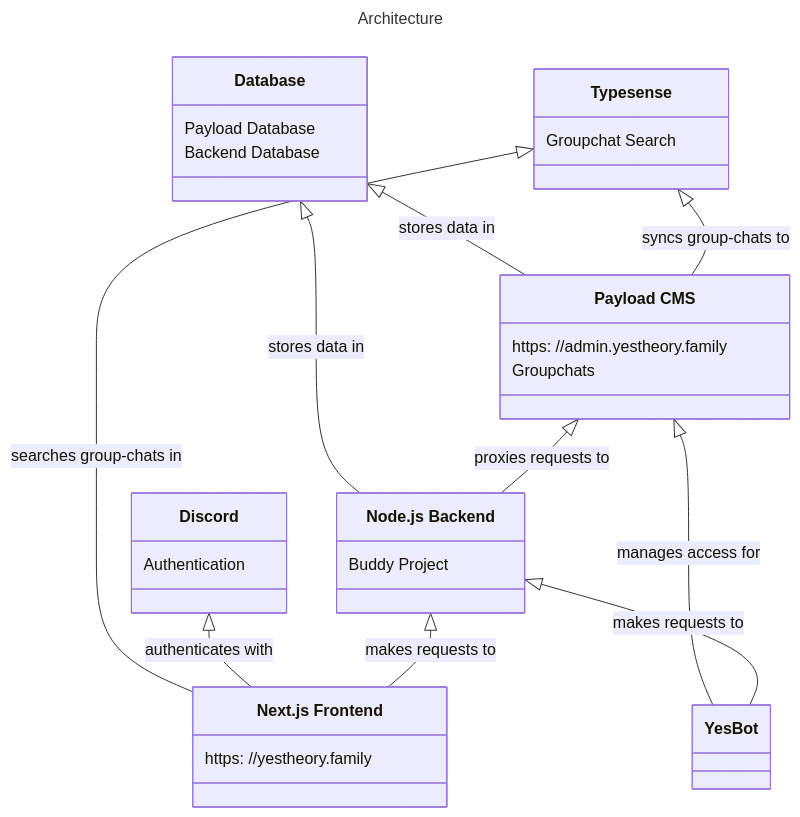
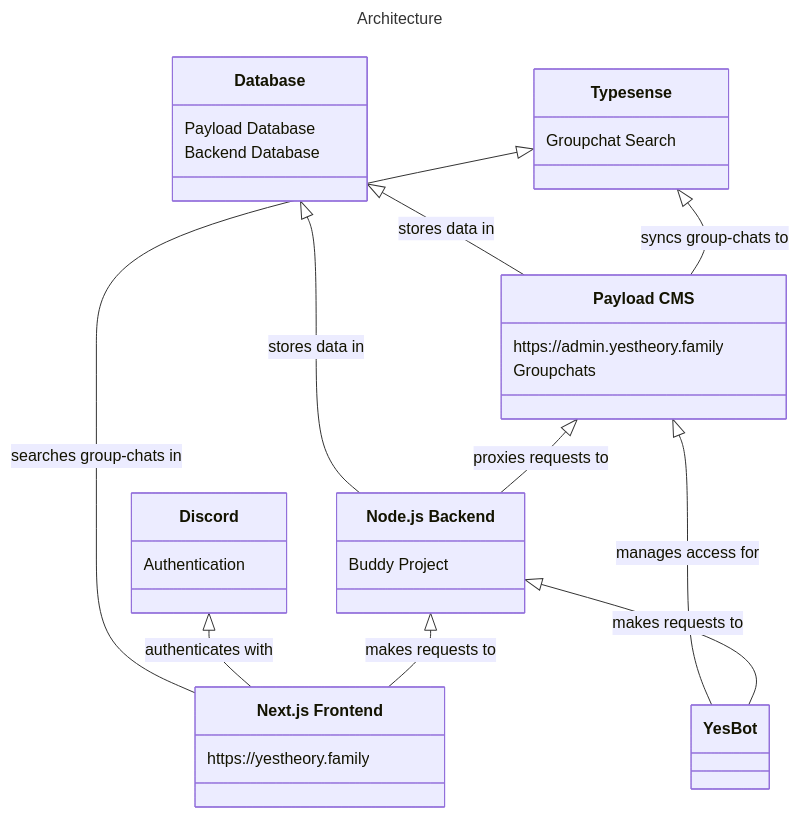
Before and after one commit to Yes-Theory-Fam/yestheory.family: the diagram in README.md, drawn with Mermaid. The commit also changed other lines of this file and 1 other file, not shown here.

````diff
--- a/README.md
+++ b/README.md
@@ -15,39 +19,39 @@
 ```mermaid
 ---
 title: Architecture
 ---
 
 classDiagram
-    Database <|-- `Payload CMS`: stores data in
-    Database <|-- `Node.js Backend`: stores data in
+    `Database` <|-- `Payload CMS`: stores data in
+    `Database` <|-- `Node.js Backend`: stores data in
     `Payload CMS` <|-- `Node.js Backend`: proxies requests to
     `Payload CMS` <|-- `YesBot`: manages access for
     `Typesense` <|-- `Payload CMS`: syncs group-chats to
     `Typesense` <|-- `Next.js Frontend`: searches group-chats in
     `Discord` <|-- `Next.js Frontend`: authenticates with
     `Node.js Backend` <|-- `Next.js Frontend`: makes requests to
     `Node.js Backend` <|-- `YesBot`: makes requests to
 
     class `Payload CMS` {
-        https: //admin.yestheory.family
+        https://admin.yestheory.family
         Groupchats
     }
     class `Node.js Backend` {
         Buddy Project
     }
     class `Next.js Frontend` {
-        https: //yestheory.family
+        https://yestheory.family
     }
     class `Typesense` {
         Groupchat Search
     }
     class `Database` {
         Payload Database
         Backend Database
     }
     class `YesBot` {
     }
     class `Discord` {
         Authentication
     }
 ```
````
